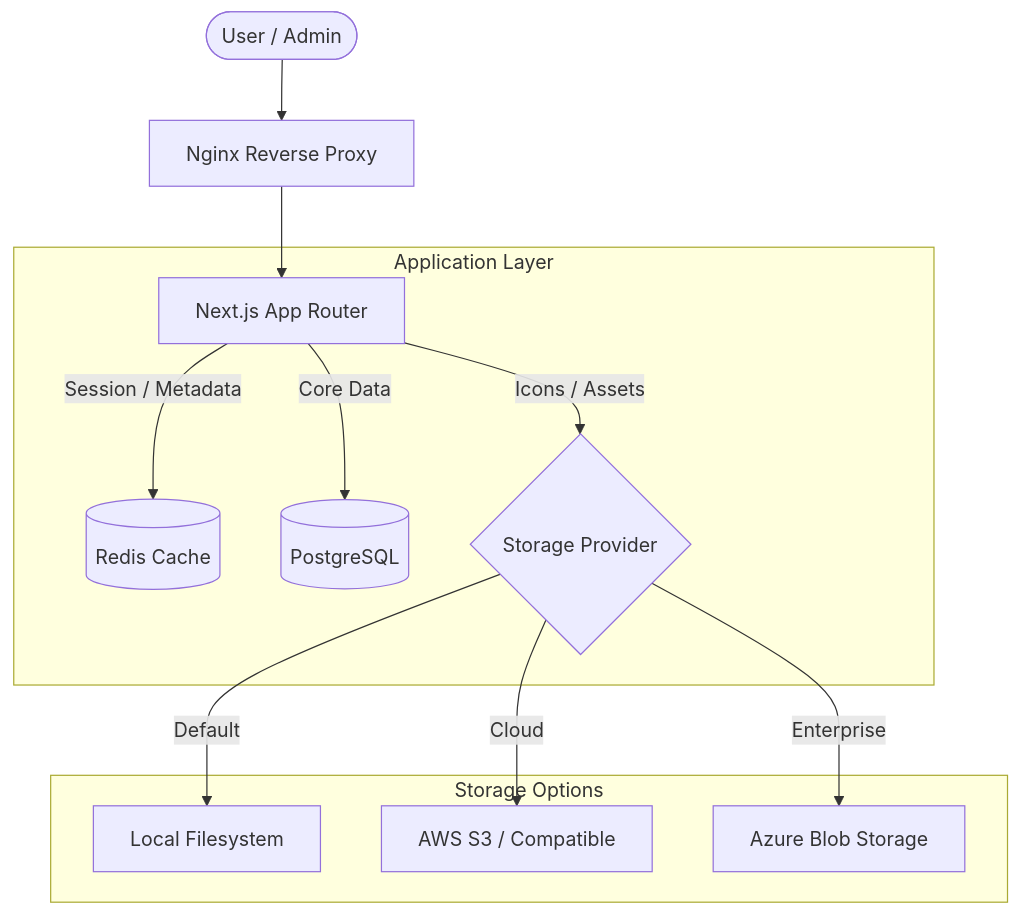
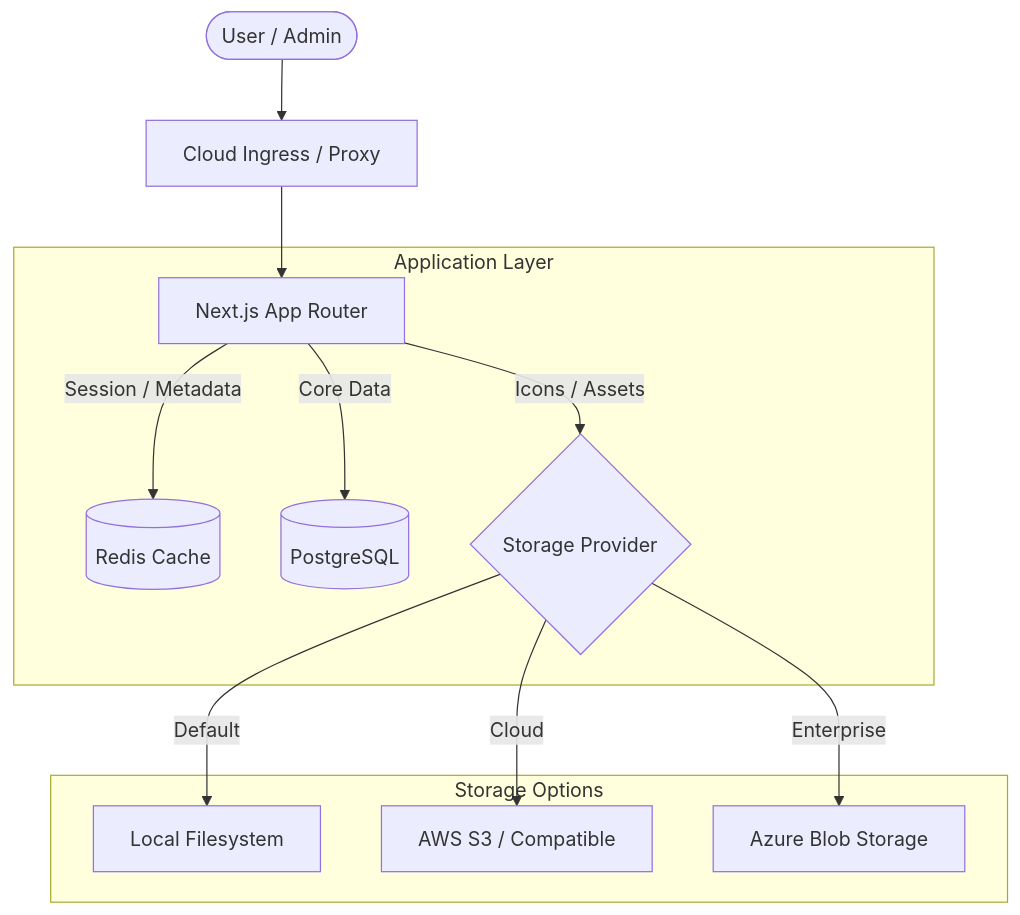
Before and after one commit to Bails309/TechHub: the diagram in docs/architecture.md, drawn with Mermaid. The commit also changed other lines of this file and 26 other files, not shown here.

````diff
--- a/docs/architecture.md
+++ b/docs/architecture.md
@@ -9,17 +9,17 @@
 ```mermaid
 graph TD
-    User([User / Admin]) --> Proxy[Nginx Reverse Proxy]
-    Proxy --> Web[Next.js App Router]
+    User([User / Admin]) --> Ingress[Cloud Ingress / Proxy]
+    Ingress --> Web[Next.js App Router]
     
     subgraph "Application Layer"
         Web -- "Session / Metadata" --> Redis[(Redis Cache)]
         Web -- "Core Data" --> DB[(PostgreSQL)]
         Web -- "Icons / Assets" --> Storage{Storage Provider}
     end
     
     subgraph "Storage Options"
         Storage -- "Default" --> Local[Local Filesystem]
         Storage -- "Cloud" --> S3[AWS S3 / Compatible]
         Storage -- "Enterprise" --> Azure[Azure Blob Storage]
     end
 ```
````
